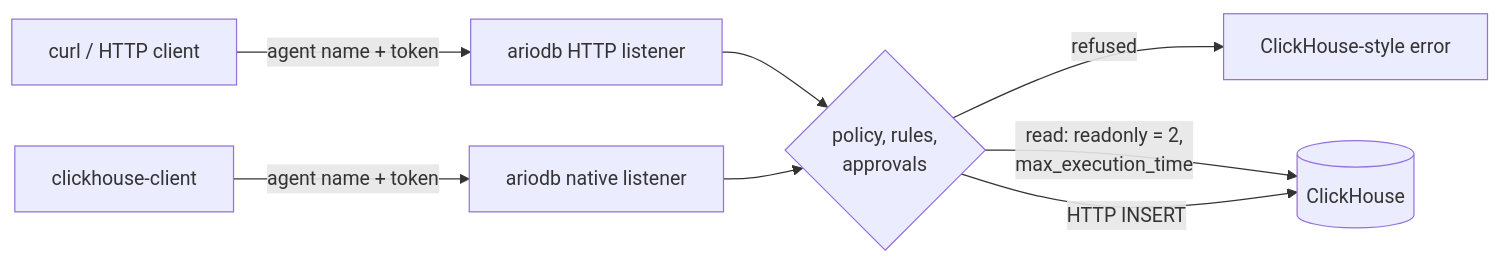
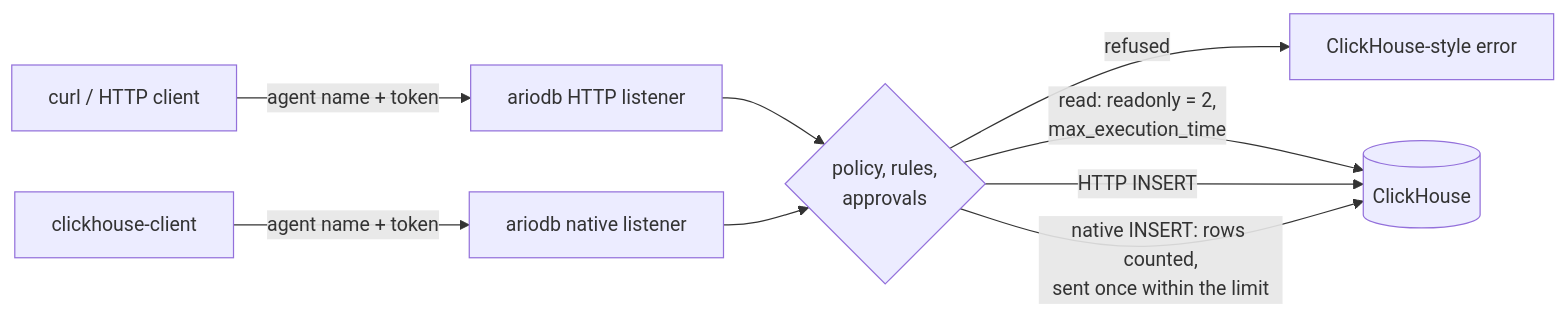
The diagram in docs/clickhouse.md (ariostacks/ariodb), drawn with Mermaid before and after one commit. The commit also changed other lines of this file and 15 other files, not shown here.

````diff
--- a/docs/clickhouse.md
+++ b/docs/clickhouse.md
@@ -20,10 +21,11 @@
 ```mermaid
 flowchart LR
     A1[curl / HTTP client] -- "agent name + token" --> H[ariodb HTTP listener]
     A2[clickhouse-client] -- "agent name + token" --> N[ariodb native listener]
     H --> G{policy, rules,<br/>approvals}
     N --> G
     G -- "refused" --> X[ClickHouse-style error]
     G -- "read: readonly = 2,<br/>max_execution_time" --> C[(ClickHouse)]
     G -- "HTTP INSERT" --> C
+    G -- "native INSERT: rows counted,<br/>sent once within the limit" --> C
 ```
````
